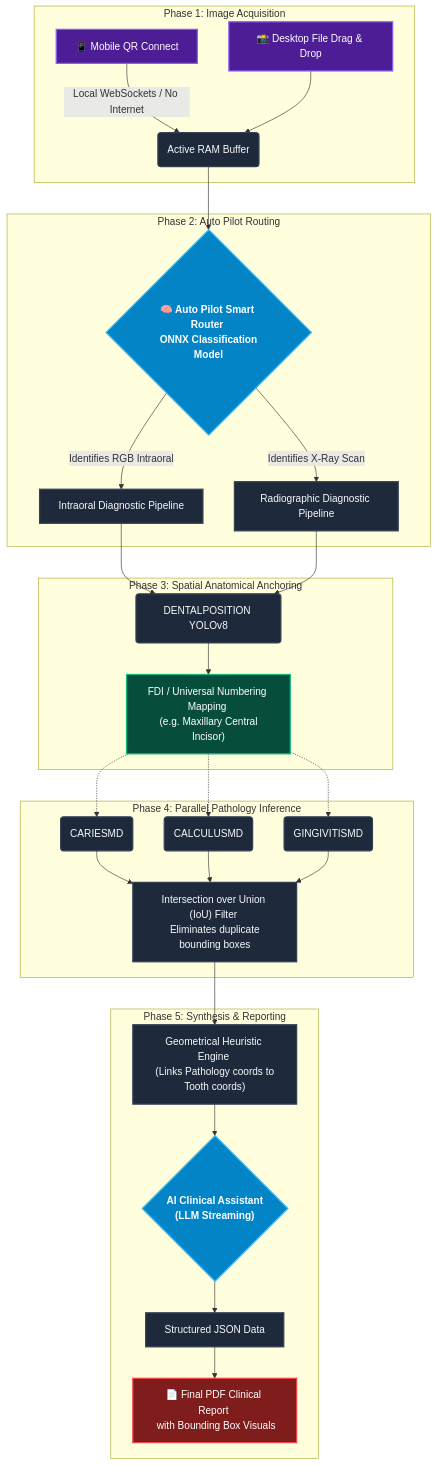
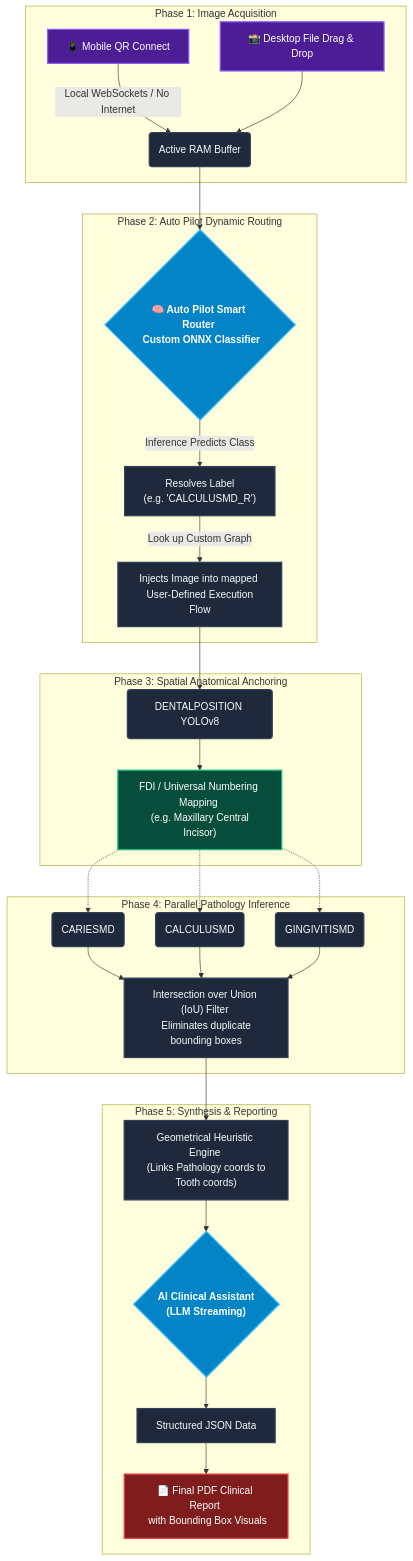
Before and after one commit to nimo94/SmiloAI: the diagram in README.md, drawn with Mermaid. The commit also changed other lines of this file, not shown here.

Commit message:
v6.1.5 (docs): Refine Auto Pilot routing logic in workflow graph

````diff
--- a/README.md
+++ b/README.md
@@ -128,50 +128,49 @@
 ```mermaid
 graph TD
     %% Styling
     classDef default fill:#1e293b,stroke:#334155,stroke-width:2px,color:#f8fafc,border-radius:8px
     classDef highlight fill:#0284c7,stroke:#38bdf8,stroke-width:2px,color:#ffffff,font-weight:bold
     classDef hardware fill:#4c1d95,stroke:#8b5cf6,stroke-width:2px,color:#ffffff
     classDef AI fill:#064e3b,stroke:#10b981,stroke-width:2px,color:#ffffff
     classDef outcome fill:#7f1d1d,stroke:#ef4444,stroke-width:2px,color:#ffffff
 
     %% 1. Acquisition
     subgraph Acq["Phase 1: Image Acquisition"]
         A[📸 Desktop File Drag & Drop]:::hardware
         B[📱 Mobile QR Connect]:::hardware
         B --> |Local WebSockets / No Internet| C(Active RAM Buffer)
         A --> C
     end
 
     %% 2. Auto Pilot
-    subgraph Router["Phase 2: Auto Pilot Routing"]
-        C --> D{🧠 Auto Pilot Smart Router <br> ONNX Classification Model}:::highlight
-        D -->|Identifies RGB Intraoral| E[Intraoral Diagnostic Pipeline]
-        D -->|Identifies X-Ray Scan| F[Radiographic Diagnostic Pipeline]
+    subgraph Router["Phase 2: Auto Pilot Dynamic Routing"]
+        C --> D{🧠 Auto Pilot Smart Router <br> Custom ONNX Classifier}:::highlight
+        D -->|Inference Predicts Class| E["Resolves Label <br> (e.g. 'CALCULUSMD_R')"]
+        E -->|Look up Custom Graph| F["Injects Image into mapped <br> User-Defined Execution Flow"]
     end
 
     %% 3. Spatial Anchor
     subgraph Anchor["Phase 3: Spatial Anatomical Anchoring"]
-        E --> G(DENTALPOSITION YOLOv8)
-        F --> G
+        F --> G(DENTALPOSITION YOLOv8)
         G --> H["FDI / Universal Numbering Mapping <br> (e.g. Maxillary Central Incisor)"]:::AI
     end
 
     %% 4. Parallel Inference
     subgraph Inference["Phase 4: Parallel Pathology Inference"]
         H -.-> I1(CARIESMD)
         H -.-> I2(CALCULUSMD)
         H -.-> I3(GINGIVITISMD)
         
         I1 --> J["Intersection over Union (IoU) Filter <br> Eliminates duplicate bounding boxes"]
         I2 --> J
         I3 --> J
     end
 
     %% 5. Synthesis
     subgraph Report["Phase 5: Synthesis & Reporting"]
         J --> K["Geometrical Heuristic Engine <br> (Links Pathology coords to Tooth coords)"]
         K --> L{"AI Clinical Assistant <br> (LLM Streaming)"}:::highlight
         L --> M[Structured JSON Data]
         M --> N[📄 Final PDF Clinical Report <br> with Bounding Box Visuals]:::outcome
     end
 ```
````
